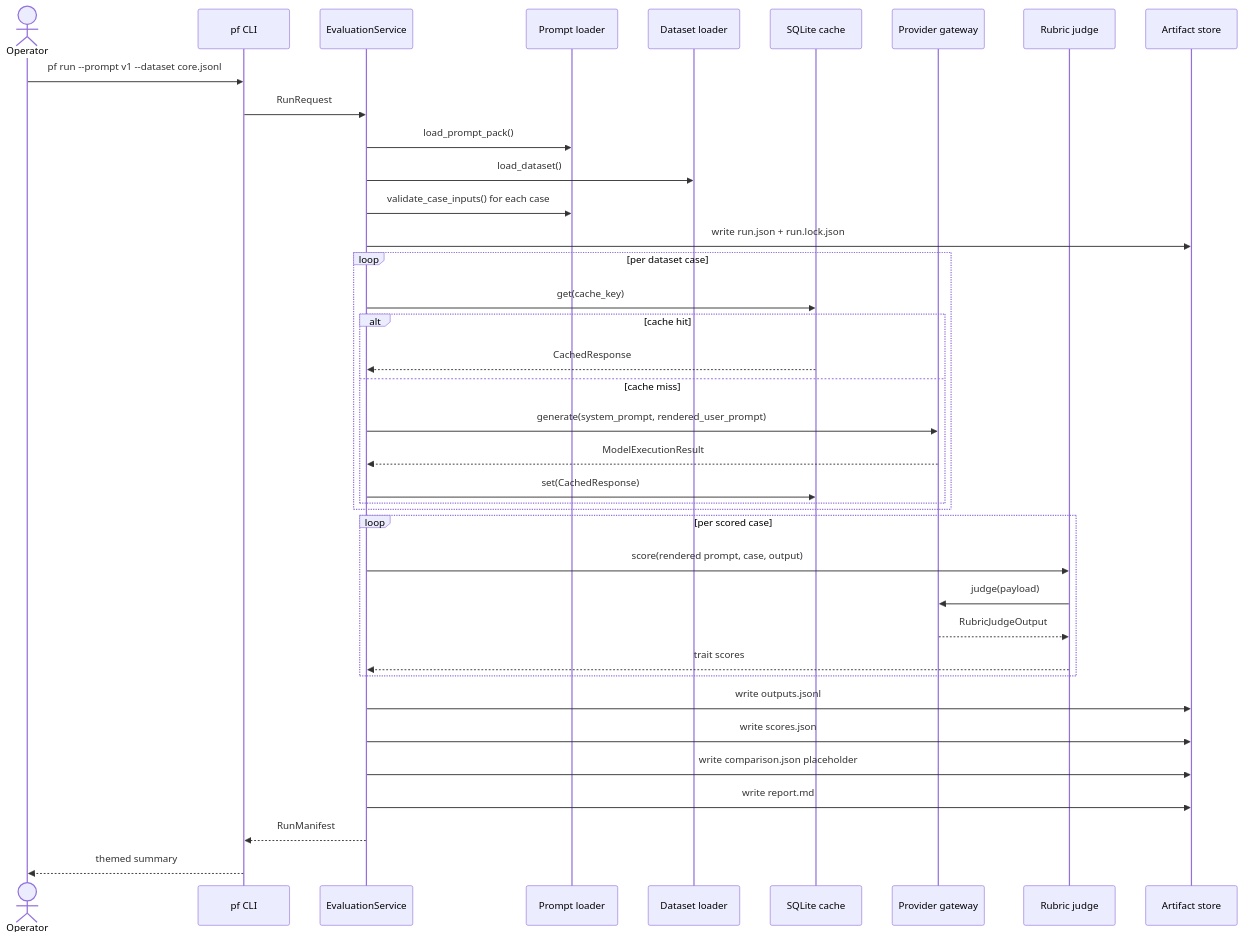
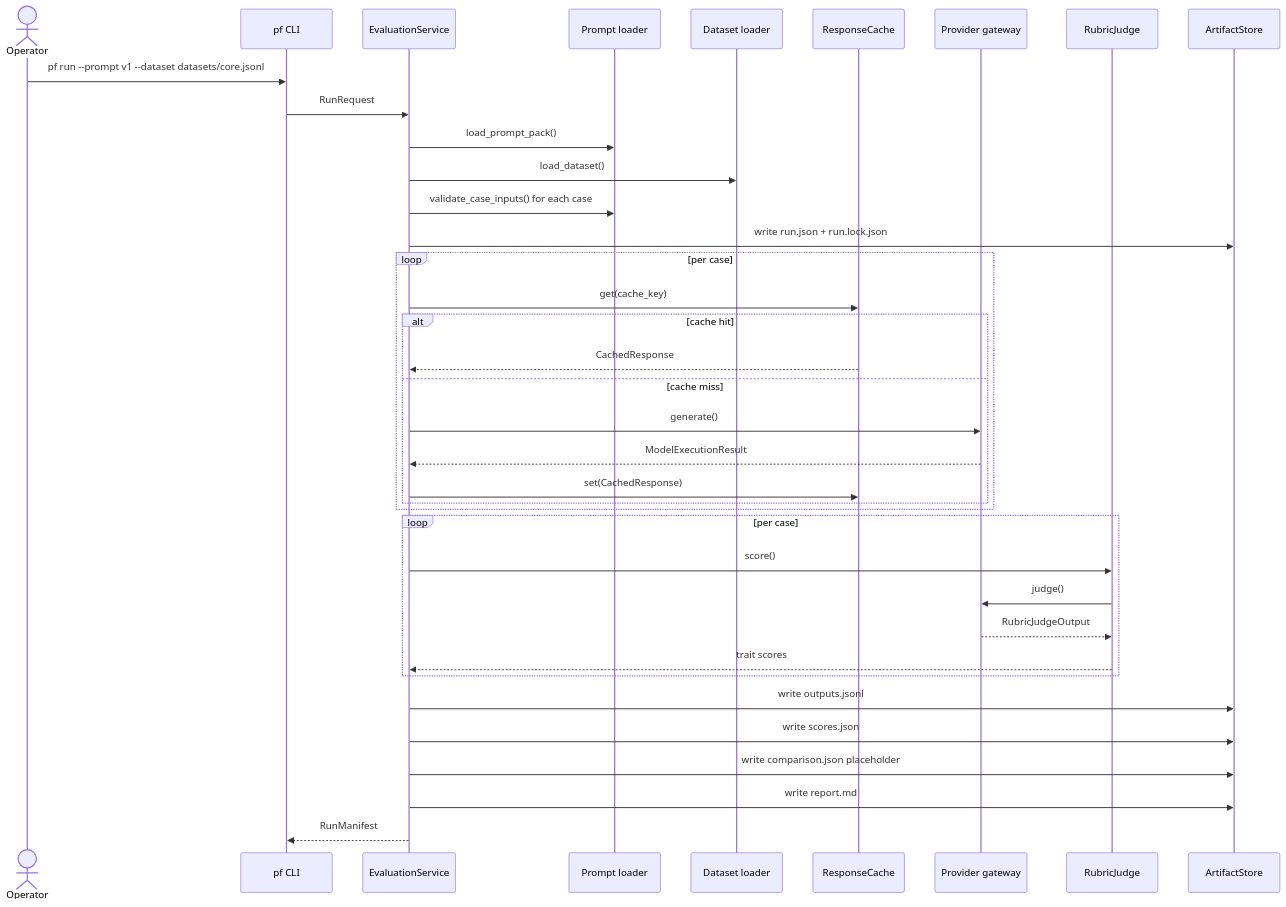
One commit to MikesHorcrux/PromptForge changed the first of 4 diagrams in docs/runtime-and-pipeline.md. Above: the diagram before and after it, drawn with Mermaid. The commit also changed other lines of this file and 18 other files, not shown here.

````diff
--- a/docs/runtime-and-pipeline.md
+++ b/docs/runtime-and-pipeline.md
@@ -42,44 +16,43 @@
 ```mermaid
 sequenceDiagram
   actor Operator
   participant CLI as pf CLI
   participant Service as EvaluationService
   participant Prompts as Prompt loader
   participant Data as Dataset loader
-  participant Cache as SQLite cache
+  participant Cache as ResponseCache
   participant Gateway as Provider gateway
-  participant Judge as Rubric judge
-  participant Files as Artifact store
+  participant Judge as RubricJudge
+  participant Store as ArtifactStore
 
-  Operator->>CLI: pf run --prompt v1 --dataset core.jsonl
+  Operator->>CLI: pf run --prompt v1 --dataset datasets/core.jsonl
   CLI->>Service: RunRequest
   Service->>Prompts: load_prompt_pack()
   Service->>Data: load_dataset()
   Service->>Prompts: validate_case_inputs() for each case
-  Service->>Files: write run.json + run.lock.json
+  Service->>Store: write run.json + run.lock.json
 
-  loop per dataset case
+  loop per case
     Service->>Cache: get(cache_key)
     alt cache hit
       Cache-->>Service: CachedResponse
     else cache miss
-      Service->>Gateway: generate(system_prompt, rendered_user_prompt)
+      Service->>Gateway: generate()
       Gateway-->>Service: ModelExecutionResult
       Service->>Cache: set(CachedResponse)
     end
   end
 
-  loop per scored case
-    Service->>Judge: score(rendered prompt, case, output)
-    Judge->>Gateway: judge(payload)
+  loop per case
+    Service->>Judge: score()
+    Judge->>Gateway: judge()
     Gateway-->>Judge: RubricJudgeOutput
     Judge-->>Service: trait scores
   end
 
-  Service->>Files: write outputs.jsonl
-  Service->>Files: write scores.json
-  Service->>Files: write comparison.json placeholder
-  Service->>Files: write report.md
+  Service->>Store: write outputs.jsonl
+  Service->>Store: write scores.json
+  Service->>Store: write comparison.json placeholder
+  Service->>Store: write report.md
   Service-->>CLI: RunManifest
-  CLI-->>Operator: themed summary
 ```
````
